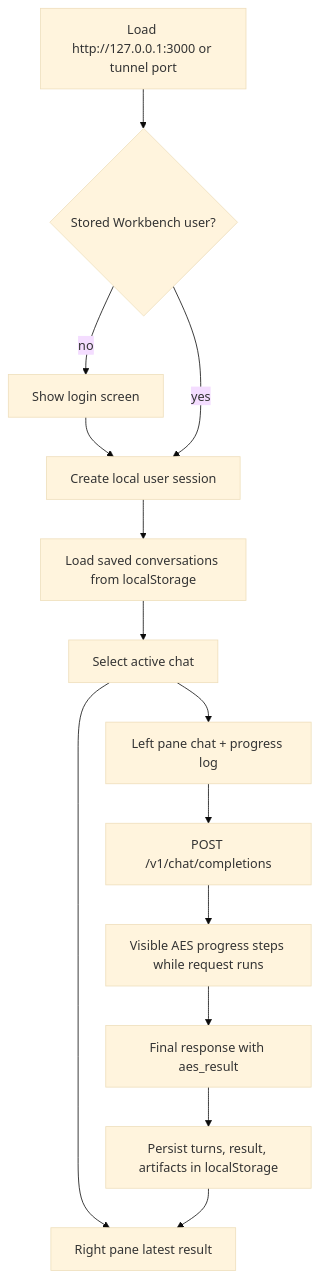
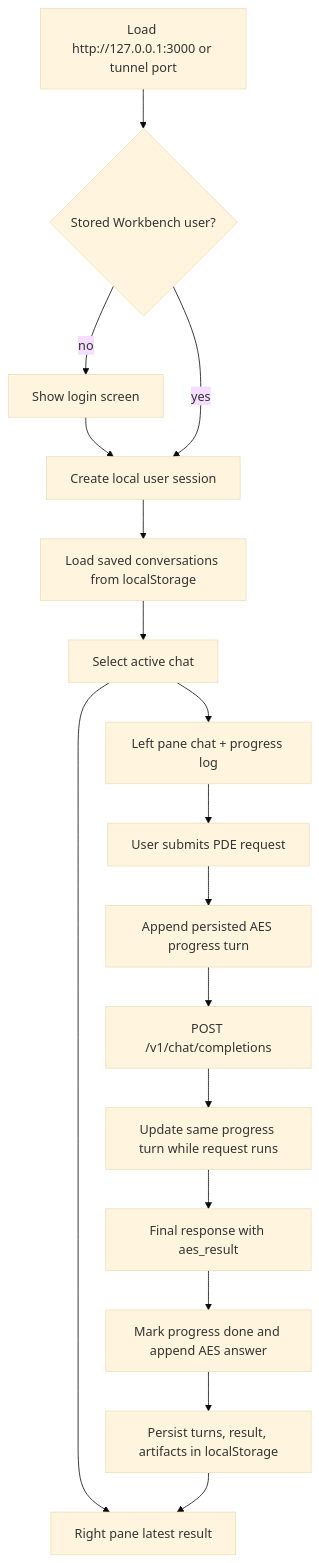
The fifth of 5 diagrams in docs/architecture.md (RadmirG/AES), drawn with Mermaid (base theme) before and after one commit. The commit also changed other lines of this file and 5 other files, not shown here.

````diff
--- a/docs/architecture.md
+++ b/docs/architecture.md
@@ -311,16 +311,19 @@
 ```mermaid
 flowchart TD
     A["Load http://127.0.0.1:3000 or tunnel port"] --> B{"Stored Workbench user?"}
     B -->|no| C["Show login screen"]
     C --> D["Create local user session"]
     B -->|yes| D
     D --> E["Load saved conversations from localStorage"]
     E --> F["Select active chat"]
     F --> G["Left pane chat + progress log"]
     F --> H["Right pane latest result"]
-    G --> I["POST /v1/chat/completions"]
-    I --> J["Visible AES progress steps while request runs"]
-    J --> K["Final response with aes_result"]
-    K --> L["Persist turns, result, artifacts in localStorage"]
-    L --> H
+    G --> I["User submits PDE request"]
+    I --> J["Append persisted AES progress turn"]
+    J --> K["POST /v1/chat/completions"]
+    K --> L["Update same progress turn while request runs"]
+    L --> M["Final response with aes_result"]
+    M --> N["Mark progress done and append AES answer"]
+    N --> O["Persist turns, result, artifacts in localStorage"]
+    O --> H
 ```
````
